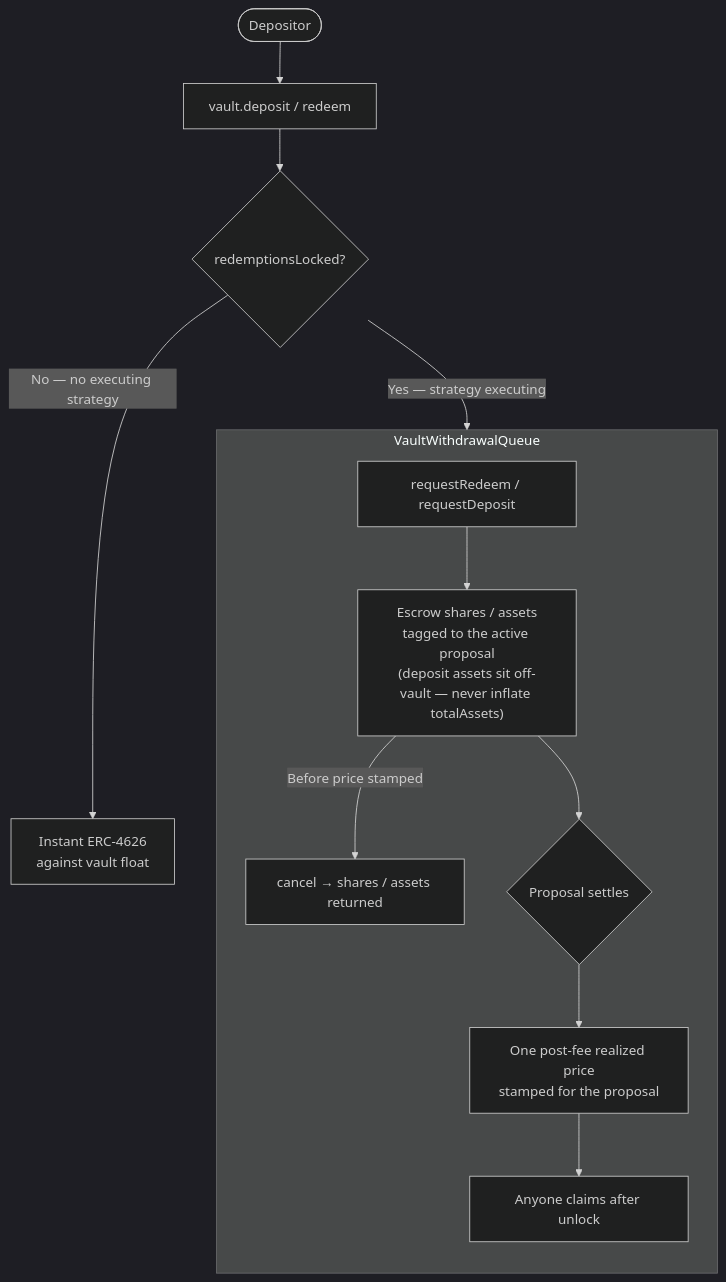
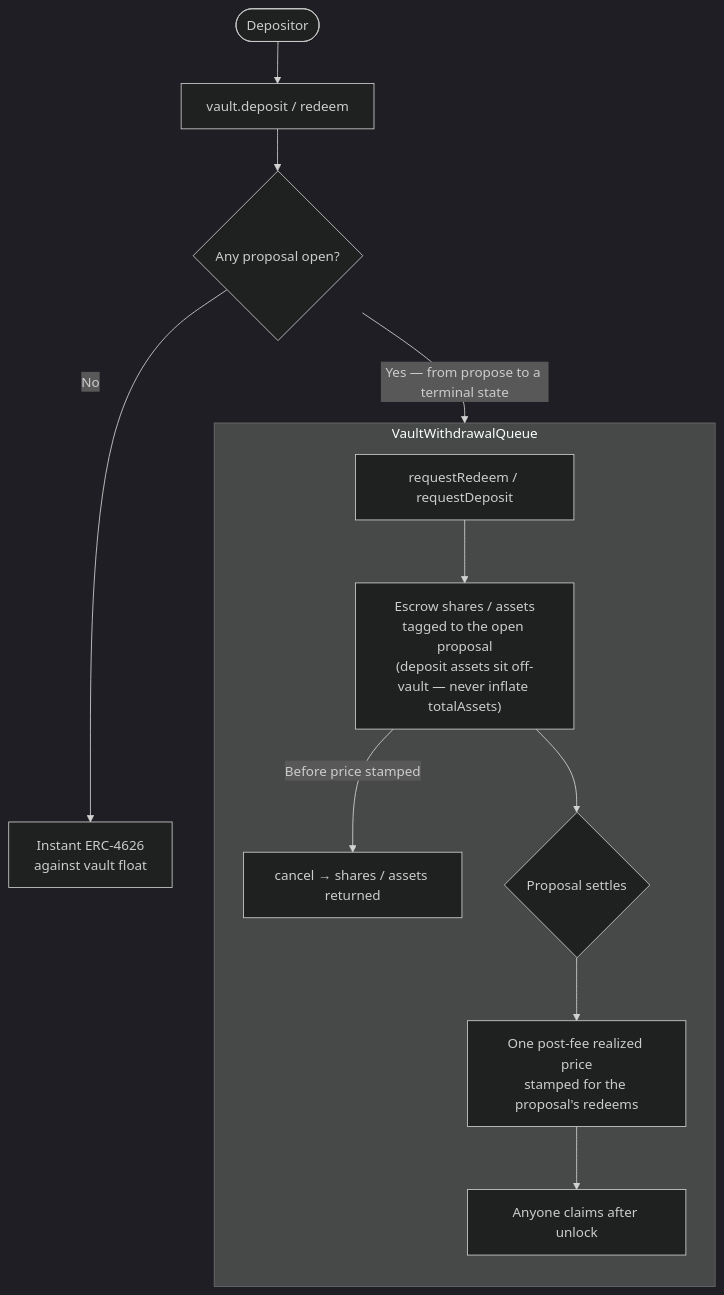
Before and after one commit to sherwoodagent/mintlify-docs: the diagram in protocol/vault-liquidity.mdx, drawn with Mermaid (dark theme). The commit also changed other lines of this file and 15 other files, not shown here.

````diff
--- a/protocol/vault-liquidity.mdx
+++ b/protocol/vault-liquidity.mdx
@@ -17,20 +25,20 @@
 ```mermaid
 flowchart TD
     User(["Depositor"])
     User --> D["vault.deposit / redeem"]
-    D --> Lock{redemptionsLocked?}
+    D --> Lock{Any proposal open?}
 
-    Lock -- "No — no executing strategy" --> ERC4626["Instant ERC-4626\nagainst vault float"]
+    Lock -- "No" --> ERC4626["Instant ERC-4626\nagainst vault float"]
 
-    Lock -- "Yes — strategy executing" --> QEntry
+    Lock -- "Yes — from propose to a terminal state" --> QEntry
 
     subgraph QEntry["VaultWithdrawalQueue"]
         direction TB
         Req["requestRedeem / requestDeposit"]
-        Req --> Escrow["Escrow shares / assets\ntagged to the active proposal\n(deposit assets sit off-vault — never inflate totalAssets)"]
+        Req --> Escrow["Escrow shares / assets\ntagged to the open proposal\n(deposit assets sit off-vault — never inflate totalAssets)"]
         Escrow -- "Before price stamped" --> Cancel["cancel → shares / assets returned"]
         Escrow --> SettleProposal{Proposal settles}
-        SettleProposal --> FrozenPrice["One post-fee realized price\nstamped for the proposal"]
+        SettleProposal --> FrozenPrice["One post-fee realized price\nstamped for the proposal's redeems"]
         FrozenPrice --> Claim["Anyone claims after unlock"]
     end
 ```
````
